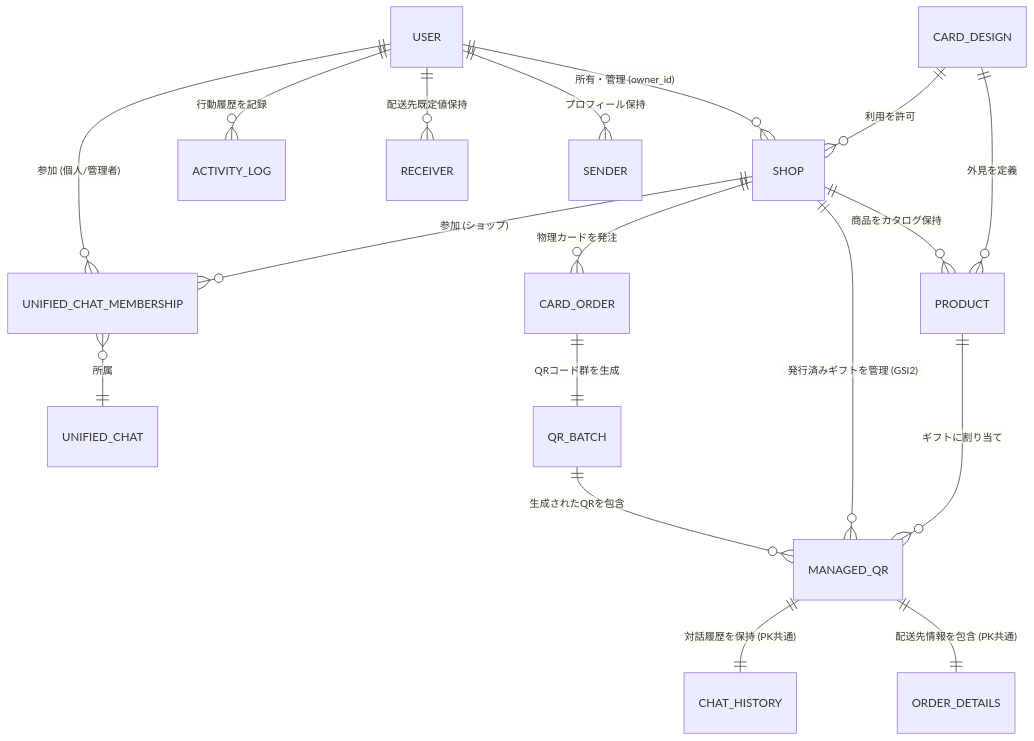
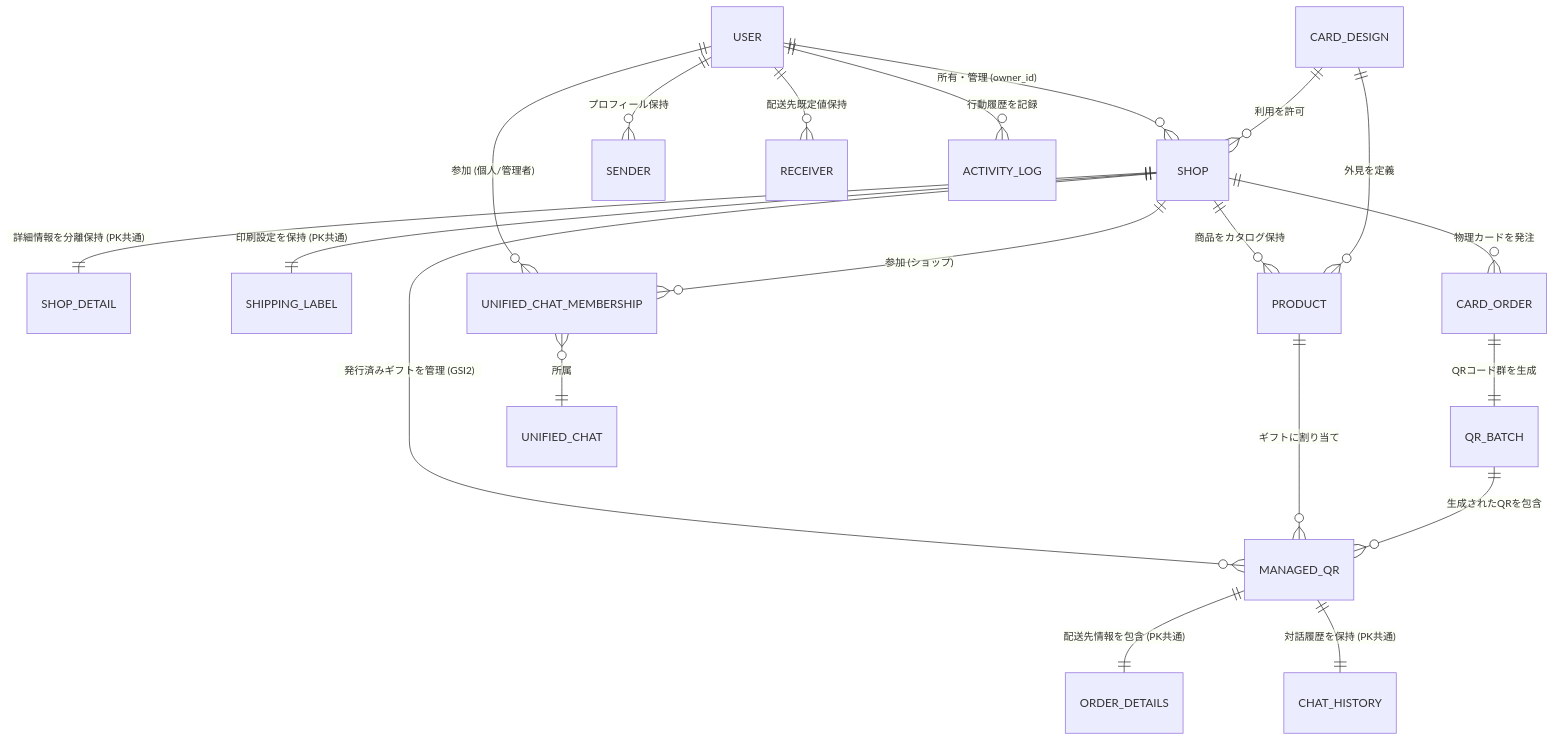
The sixth of 6 diagrams in documents/REF_DATA_STRUCTURE.md (yudaiito9124-cyber/meishigawarini), drawn with Mermaid before and after one commit. The commit also changed other lines of this file and 49 other files, not shown here.

````diff
--- a/documents/REF_DATA_STRUCTURE.md
+++ b/documents/REF_DATA_STRUCTURE.md
@@ -235,26 +253,28 @@
 ```mermaid
 erDiagram
     USER ||--o{ SHOP : "所有・管理 (owner_id)"
     USER ||--o{ SENDER : "プロフィール保持"
     USER ||--o{ RECEIVER : "配送先既定値保持"
     USER ||--o{ ACTIVITY_LOG : "行動履歴を記録"
     
+    SHOP ||--|| SHOP_DETAIL : "詳細情報を分離保持 (PK共通)"
+    SHOP ||--|| SHIPPING_LABEL : "印刷設定を保持 (PK共通)"
     SHOP ||--o{ PRODUCT : "商品をカタログ保持"
     SHOP ||--o{ MANAGED_QR : "発行済みギフトを管理 (GSI2)"
     SHOP ||--o{ CARD_ORDER : "物理カードを発注"
     
     PRODUCT ||--o{ MANAGED_QR : "ギフトに割り当て"
     
     MANAGED_QR ||--|| ORDER_DETAILS : "配送先情報を包含 (PK共通)"
     MANAGED_QR ||--|| CHAT_HISTORY : "対話履歴を保持 (PK共通)"
     
     CARD_DESIGN ||--o{ PRODUCT : "外見を定義"
     CARD_DESIGN ||--o{ SHOP : "利用を許可"
     
     CARD_ORDER ||--|| QR_BATCH : "QRコード群を生成"
     QR_BATCH ||--o{ MANAGED_QR : "生成されたQRを包含"
 
     USER ||--o{ UNIFIED_CHAT_MEMBERSHIP : "参加 (個人/管理者)"
     SHOP ||--o{ UNIFIED_CHAT_MEMBERSHIP : "参加 (ショップ)"
     UNIFIED_CHAT_MEMBERSHIP }o--|| UNIFIED_CHAT : "所属"
 ```
````
